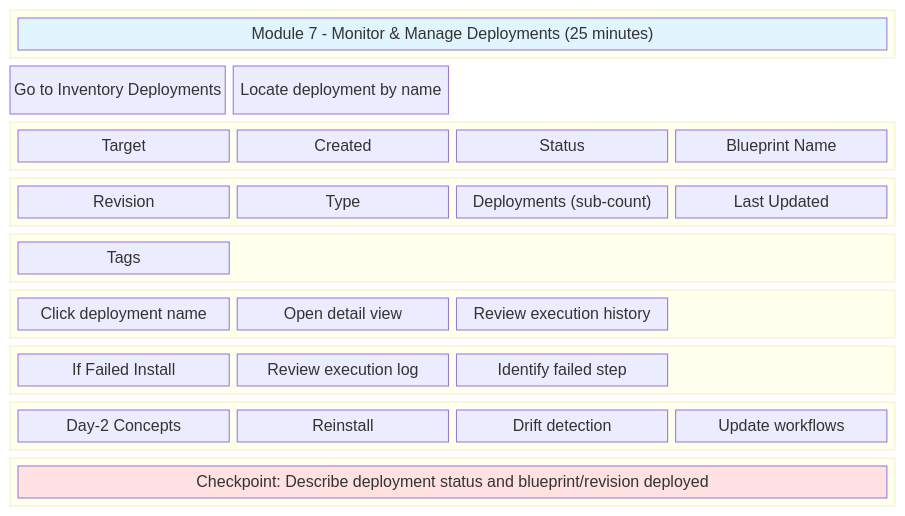
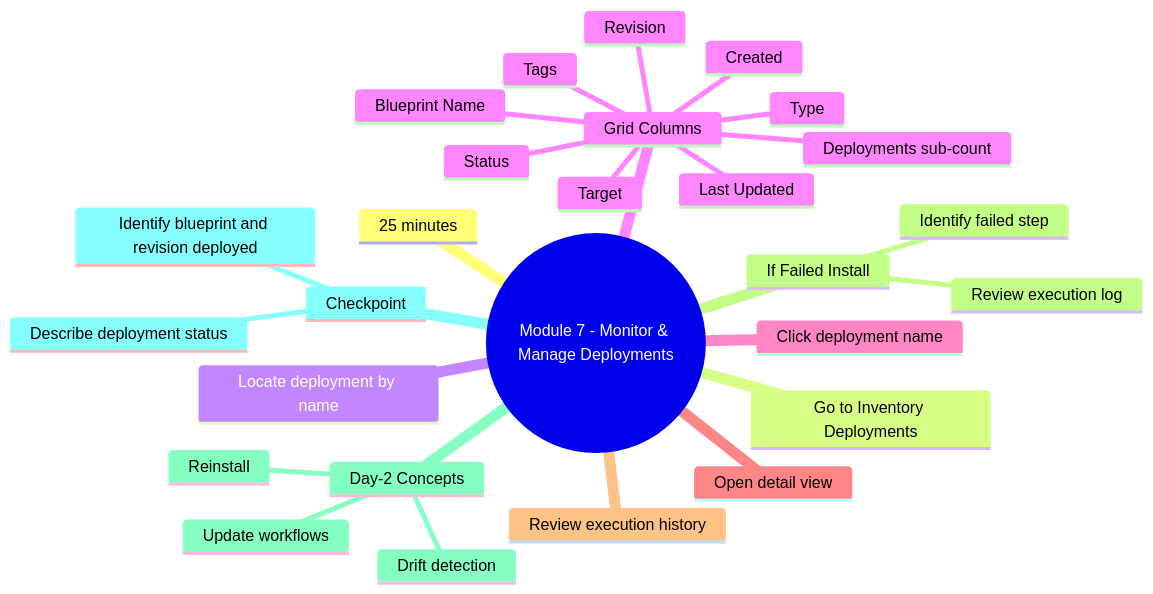
The diagram in docs/Instructor_Screen_Flow/slide_08_module7_monitor.mmd (tme-tech-ops/take-it-for-a-spin-partner-training), drawn with Mermaid before and after one commit. The commit also changed 9 other files, not shown here.

First line of the commit message:
Convert diagrams to mindmap format with minimal boxes

```diff
--- a/docs/Instructor_Screen_Flow/slide_08_module7_monitor.mmd
+++ b/docs/Instructor_Screen_Flow/slide_08_module7_monitor.mmd
@@ -1,57 +1,28 @@
-block-beta
-    columns 4
-    
-    block:header:4
-        A["Module 7 - Monitor & Manage Deployments (25 minutes)"]
-    end
-    
-    B["Go to Inventory Deployments"]
-    C["Locate deployment by name"]
-    space:2
-    
-    block:columns:4
-        D["Target"]
-        E["Created"]
-        F["Status"]
-        G["Blueprint Name"]
-    end
-    
-    block:columns2:4
-        H["Revision"]
-        I["Type"]
-        J["Deployments (sub-count)"]
-        K["Last Updated"]
-    end
-    
-    block:columns3:4
-        L["Tags"]
-        space:3
-    end
-    
-    block:detail:4
-        M["Click deployment name"]
-        N["Open detail view"]
-        O["Review execution history"]
-        space
-    end
-    
-    block:failed:4
-        P["If Failed Install"]
-        Q["Review execution log"]
-        R["Identify failed step"]
-        space
-    end
-    
-    block:day2:4
-        S["Day-2 Concepts"]
-        T["Reinstall"]
-        U["Drift detection"]
-        V["Update workflows"]
-    end
-    
-    block:checkpoint:4
-        W["Checkpoint: Describe deployment status and blueprint/revision deployed"]
-    end
-
-    style A fill:#e1f5ff
-    style W fill:#ffe1e1
+mindmap
+  root((Module 7 - Monitor & Manage Deployments))
+    25 minutes
+    Go to Inventory Deployments
+    Locate deployment by name
+    Grid Columns
+      Target
+      Created
+      Status
+      Blueprint Name
+      Revision
+      Type
+      Deployments sub-count
+      Last Updated
+      Tags
+    Click deployment name
+    Open detail view
+    Review execution history
+    If Failed Install
+      Review execution log
+      Identify failed step
+    Day-2 Concepts
+      Reinstall
+      Drift detection
+      Update workflows
+    Checkpoint
+      Describe deployment status
+      Identify blueprint and revision deployed
```
